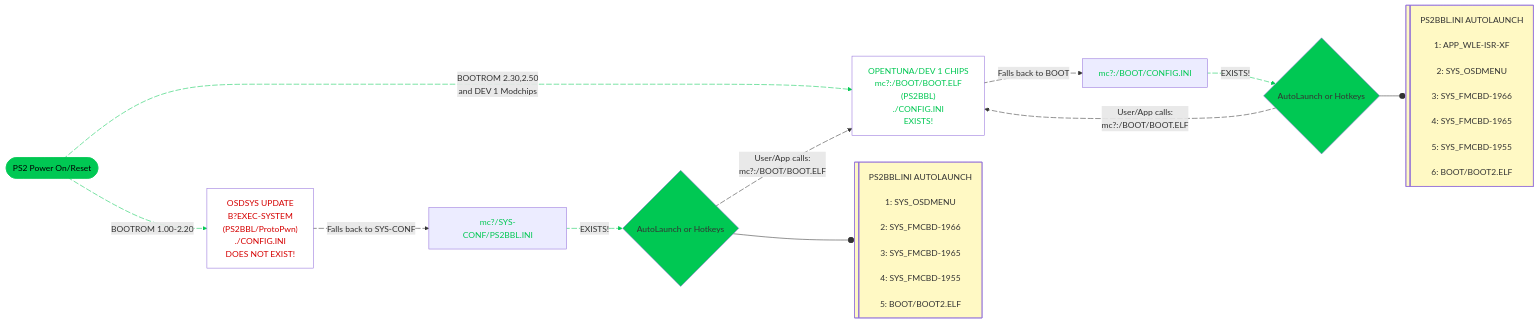
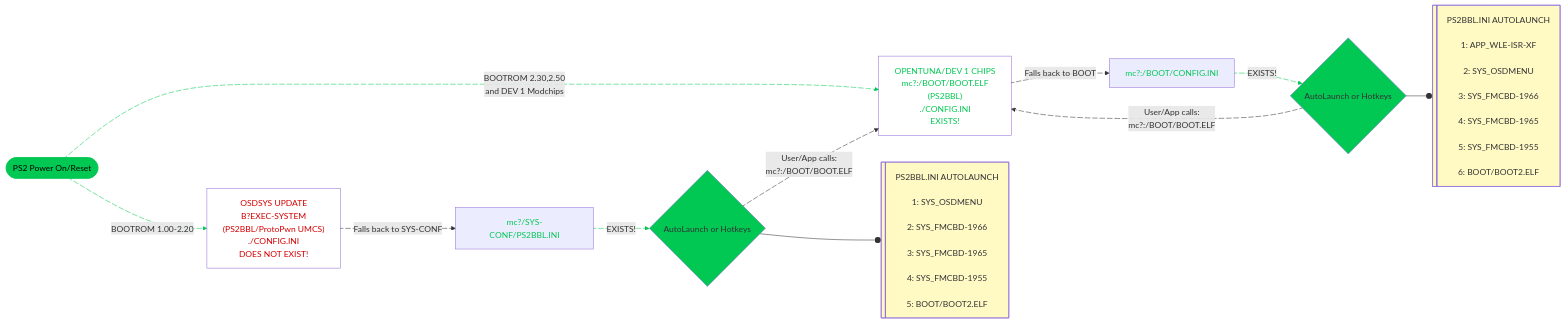
The second of 3 diagrams in docs/umcs/index2.md (playerjmr/ps2homebrewstore), drawn with Mermaid before and after one commit. The commit also changed other lines of this file, not shown here.

````diff
--- a/docs/umcs/index2.md
+++ b/docs/umcs/index2.md
@@ -76,48 +76,48 @@
 ```mermaid
 ---
 config:
   theme: mc
   layout: dagre
   look: classic
 ---
 graph LR
-    A(["PS2 Power On/Reset"]) L_A_B_0@-- "BOOTROM 1.00-2.20" --> B["OSDSYS UPDATE<br>B?EXEC-SYSTEM<br>(PS2BBL/ProtoPwn)<br>./CONFIG.INI <br>DOES NOT EXIST!"]
+    A(["PS2 Power On/Reset"]) L_A_B_0@-- "BOOTROM 1.00-2.20" --> B["OSDSYS UPDATE<br>B?EXEC-SYSTEM<br>(PS2BBL/ProtoPwn UMCS)<br>./CONFIG.INI <br>DOES NOT EXIST!"]
     A L_A_n1_0@-- "BOOTROM 2.30,2.50<br>and DEV 1 Modchips" --> n1["OPENTUNA/DEV 1 CHIPS<br>mc?:/BOOT/BOOT.ELF<br>(PS2BBL)<br>./CONFIG.INI <br>EXISTS!"]
     B L_B_n2_0@-- "Falls back to SYS-CONF" --> n2["mc?/SYS-CONF/PS2BBL.INI"]
     n1 L_n1_n3_0@-- Falls back to BOOT --> n3["mc?:/BOOT/CONFIG.INI"]
     n2 L_n2_n4_0@-- EXISTS! --> n4["AutoLaunch or Hotkeys<br>"]
     n3 L_n3_n5_0@-- EXISTS! --> n5["AutoLaunch or Hotkeys"]
     n4 --o n6@{ label: "<span style=\"color:\">PS2BBL.INI AUTOLAUNCH</span><br style=\"color:\"><br style=\"color:\"><span style=\"color:\">1: SYS_OSDMENU</span><br style=\"color:\"><br style=\"color:\"><span style=\"color:\">2: SYS_FMCBD-1966</span><br style=\"color:\"><br style=\"color:\"><span style=\"color:\">3: SYS_FMCBD-1965</span><br style=\"color:\"><br style=\"color:\"><span style=\"color:\">4: SYS_FMCBD-1955</span><br style=\"color:\"><br style=\"color:\"><span style=\"color:\">5: BOOT/BOOT2.ELF</span>" }
     n5 --o n7@{ label: "<span style=\"color:\">PS2BBL.INI AUTOLAUNCH</span><br style=\"color:\"><br>1: APP_WLE-ISR-XF<br><br style=\"color:\"><span style=\"color:\">2: SYS_OSDMENU</span><br style=\"color:\"><br style=\"color:\"><span style=\"color:\">3: SYS_FMCBD-1966</span><br style=\"color:\"><br style=\"color:\"><span style=\"color:\">4: SYS_FMCBD-1965</span><br style=\"color:\"><br style=\"color:\"><span style=\"color:\">5: SYS_FMCBD-1955</span><br style=\"color:\"><br style=\"color:\"><span style=\"color:\">6: BOOT/BOOT2.ELF</span>" }
     n4 L_n4_n1_0@-- "User/App calls:<br>mc?:/BOOT/BOOT.ELF" --> n1
     n5 L_n5_n1_0@-- "User/App calls:<br>mc?:/BOOT/BOOT.ELF" --> n1
     B@{ shape: rect}
     n1@{ shape: rect}
     n4@{ shape: diam}
     n5@{ shape: diam}
     n6@{ shape: lin-proc}
     n7@{ shape: lin-proc}
      A:::Ash
     classDef Ash stroke-width:1px, stroke-dasharray:none, stroke:#999999, fill:#EEEEEE, color:#000000
     style A stroke:#00C853,fill:#00C853,color:none
     style B color:#D50000,fill:transparent
     style n1 color:#00C853,fill:transparent
     style n2 color:#00C853
     style n3 color:#00C853
     style n4 fill:#00C853
     style n5 fill:#00C853
     style n6 color:#000000,fill:#FFF9C4
     style n7 fill:#FFF9C4
     linkStyle 0 stroke:#00C853,fill:none
     linkStyle 1 stroke:#00C853,fill:none
     linkStyle 4 stroke:#00C853,fill:none
     linkStyle 5 stroke:#00C853,fill:none
     L_A_B_0@{ animation: slow } 
     L_A_n1_0@{ animation: slow } 
     L_B_n2_0@{ animation: slow } 
     L_n1_n3_0@{ animation: slow } 
     L_n2_n4_0@{ animation: slow } 
     L_n3_n5_0@{ animation: slow } 
     L_n4_n1_0@{ animation: slow } 
     L_n5_n1_0@{ animation: slow }
 ```
````
